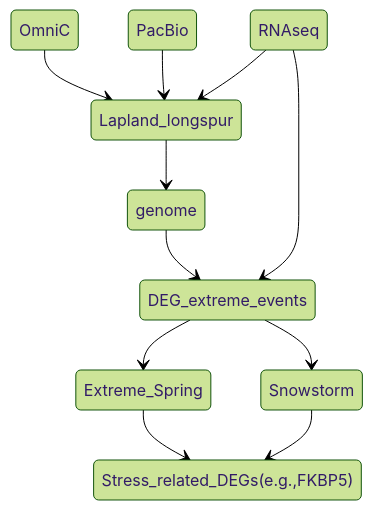
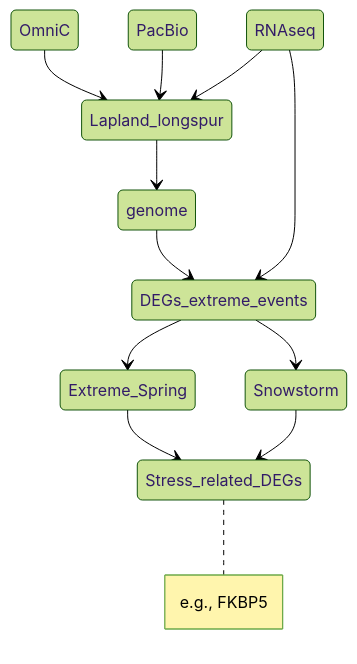
One commit to wzuhou/LALO_scripts changed the diagram in README.md. Above: the diagram before and after it, drawn with Mermaid.

````diff
--- a/README.md
+++ b/README.md
@@ -17,18 +17,19 @@
 ```mermaid
 %%{init: {'theme':'forest'}}%%
 
 stateDiagram
     #[*] --> Lapland_longspur 
     #genome --> [*]
     OmniC --> Lapland_longspur
     PacBio --> Lapland_longspur
     RNAseq --> Lapland_longspur
     Lapland_longspur --> genome
-    genome --> DEG_extreme_events
-    RNAseq --> DEG_extreme_events
-    DEG_extreme_events --> Extreme_Spring
-    DEG_extreme_events --> Snowstorm
-Extreme_Spring --> Stress_related_DEGs(e.g.,FKBP5)
-Snowstorm --> Stress_related_DEGs(e.g.,FKBP5)
+    genome --> DEGs_extreme_events
+    RNAseq --> DEGs_extreme_events
+    DEGs_extreme_events --> Extreme_Spring
+    DEGs_extreme_events --> Snowstorm
+Extreme_Spring --> Stress_related_DEGs
+Snowstorm --> Stress_related_DEGs
+              note right of Stress_related_DEGs: e.g., FKBP5
 
 ```    
````
